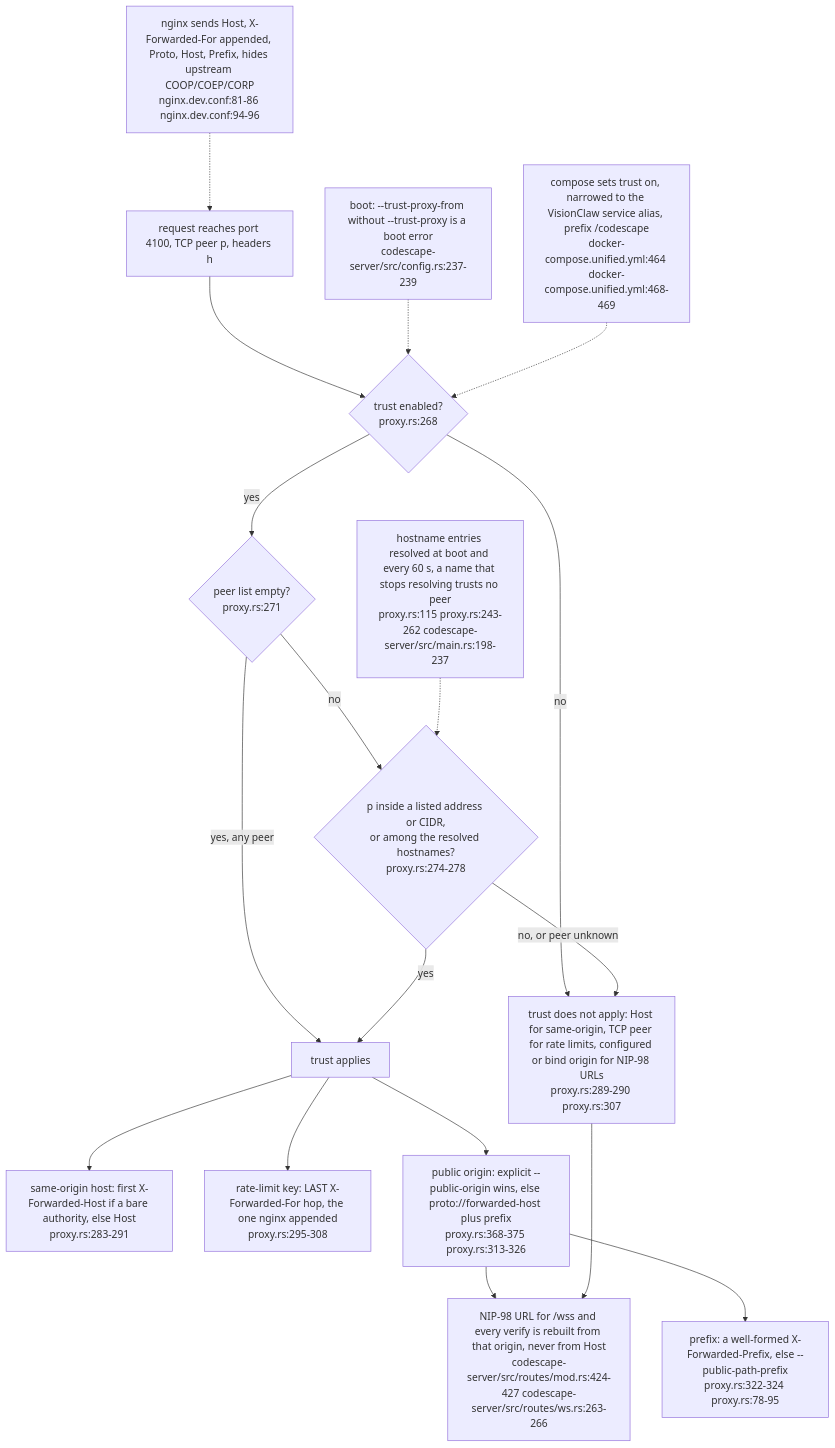
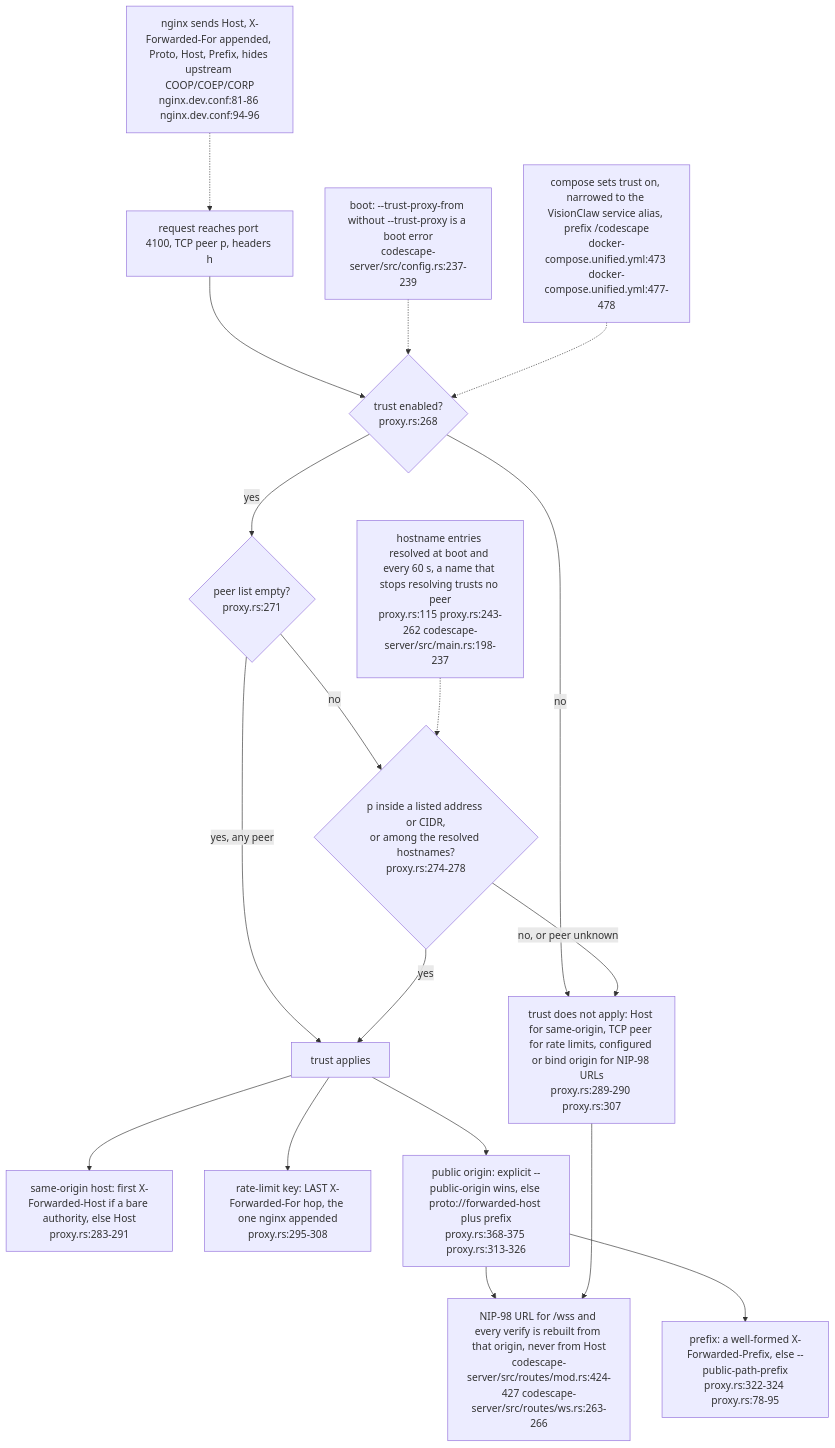
The sixth of 7 diagrams in docs/diagrams/visionclaw/39-codescape.md (DreamLab-AI/VisionFlow), drawn with Mermaid before and after one commit. The commit also changed other lines of this file and 160 other files, not shown here.

````diff
--- a/docs/diagrams/visionclaw/39-codescape.md
+++ b/docs/diagrams/visionclaw/39-codescape.md
@@ -277,35 +283,35 @@
 ```mermaid
 flowchart TB
     REQ["request reaches port 4100, TCP peer p, headers h"]
     CFG["boot: --trust-proxy-from without --trust-proxy is a boot error<br/>codescape-server/src/config.rs:237-239"]
     EN{"trust enabled?<br/>proxy.rs:268"}
     LIST{"peer list empty?<br/>proxy.rs:271"}
     MATCH{"p inside a listed address or CIDR,<br/>or among the resolved hostnames?<br/>proxy.rs:274-278"}
     REFRESH["hostname entries resolved at boot and every 60 s, a name that stops resolving trusts no peer<br/>proxy.rs:115 proxy.rs:243-262 codescape-server/src/main.rs:198-237"]
     OFF["trust does not apply: Host for same-origin, TCP peer for rate limits, configured or bind origin for NIP-98 URLs<br/>proxy.rs:289-290 proxy.rs:307"]
     ON["trust applies"]
     HOST["same-origin host: first X-Forwarded-Host if a bare authority, else Host<br/>proxy.rs:283-291"]
     IP["rate-limit key: LAST X-Forwarded-For hop, the one nginx appended<br/>proxy.rs:295-308"]
     ORIG["public origin: explicit --public-origin wins, else proto://forwarded-host plus prefix<br/>proxy.rs:368-375 proxy.rs:313-326"]
     PFX["prefix: a well-formed X-Forwarded-Prefix, else --public-path-prefix<br/>proxy.rs:322-324 proxy.rs:78-95"]
     USE["NIP-98 URL for /wss and every verify is rebuilt from that origin, never from Host<br/>codescape-server/src/routes/mod.rs:424-427 codescape-server/src/routes/ws.rs:263-266"]
     REQ --> EN
     CFG -.-> EN
     EN -->|no| OFF
     EN -->|yes| LIST
     LIST -->|"yes, any peer"| ON
     LIST -->|no| MATCH
     REFRESH -.-> MATCH
     MATCH -->|"no, or peer unknown"| OFF
     MATCH -->|yes| ON
     ON --> HOST
     ON --> IP
     ON --> ORIG
     ORIG --> PFX
     ORIG --> USE
     OFF --> USE
-    COMPOSE["compose sets trust on, narrowed to the VisionClaw service alias, prefix /codescape<br/>docker-compose.unified.yml:464 docker-compose.unified.yml:468-469"]
+    COMPOSE["compose sets trust on, narrowed to the VisionClaw service alias, prefix /codescape<br/>docker-compose.unified.yml:473 docker-compose.unified.yml:477-478"]
     NG["nginx sends Host, X-Forwarded-For appended, Proto, Host, Prefix, hides upstream COOP/COEP/CORP<br/>nginx.dev.conf:81-86 nginx.dev.conf:94-96"]
     COMPOSE -.-> EN
     NG -.-> REQ
 ```
````
